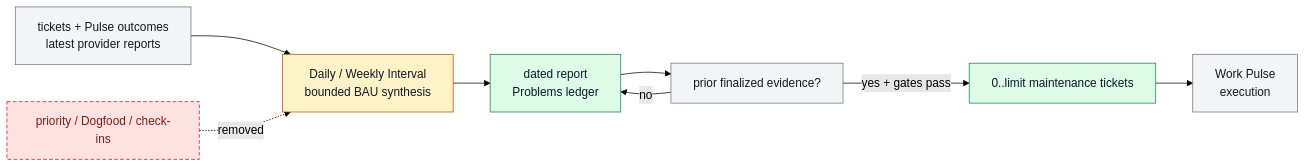
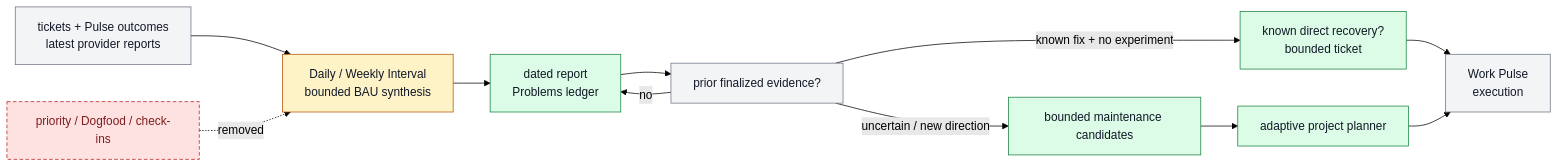
Before and after one commit to ZanarkandTechnologies/Farplane: the diagram in docs/features/FEAT-0067-daily-interval-review-reports.md, drawn with Mermaid (forest theme). The commit also changed other lines of this file and 45 other files, not shown here.

Commit message:
feat(pulse): make planning adaptive and area-aware

````diff
--- a/docs/features/FEAT-0067-daily-interval-review-reports.md
+++ b/docs/features/FEAT-0067-daily-interval-review-reports.md
@@ -108,21 +111,24 @@
 ```mermaid
 flowchart LR
   classDef keep fill:#f3f4f6,stroke:#6b7280,color:#111827
   classDef changed fill:#fef3c7,stroke:#b45309,color:#111827
   classDef added fill:#dcfce7,stroke:#15803d,color:#111827
   classDef retired fill:#fee2e2,stroke:#b91c1c,color:#7f1d1d,stroke-dasharray: 5 3
 
   evidence["tickets + Pulse outcomes<br/>latest provider reports"]:::keep
   interval["Daily / Weekly Interval<br/>bounded BAU synthesis"]:::changed
   report["dated report<br/>Problems ledger"]:::added
   prior["prior finalized evidence?"]:::keep
-  maintenance["0..limit maintenance tickets"]:::added
+  maintenance["bounded maintenance candidates"]:::added
   pulse["Work Pulse<br/>execution"]:::keep
   planning["priority / Dogfood / check-ins"]:::retired
 
   evidence --> interval --> report
   report --> prior
-  prior -->|"yes + gates pass"| maintenance --> pulse
+  planner["adaptive project planner"]:::added
+  recovery["known direct recovery?<br/>bounded ticket"]:::added
+  prior -->|"known fix + no experiment"| recovery --> pulse
+  prior -->|"uncertain / new direction"| maintenance --> planner --> pulse
   prior -->|"no"| report
   planning -. removed .-> interval
 ```
````
